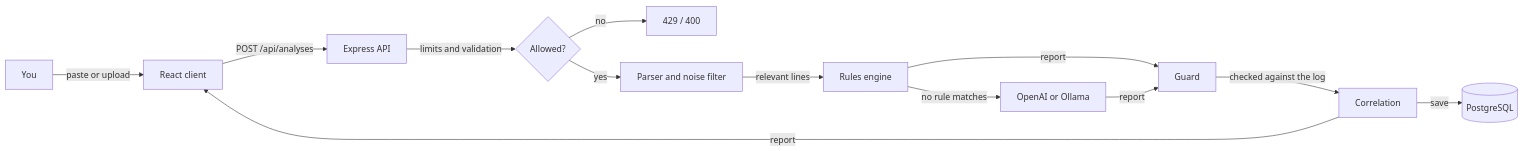
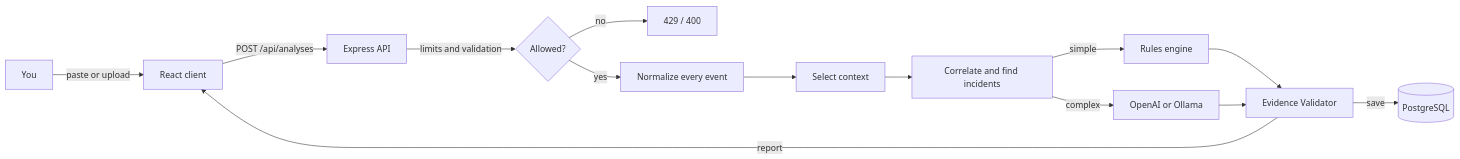
The diagram in README.md (jacknegri89/LogLens), drawn with Mermaid before and after one commit. The commit also changed other lines of this file and 110 other files, not shown here.

````diff
--- a/README.md
+++ b/README.md
@@ -100,15 +101,16 @@
 ```mermaid
 flowchart LR
     U[You] -->|paste or upload| C[React client]
     C -->|POST /api/analyses| A[Express API]
     A -->|limits and validation| L{Allowed?}
     L -->|no| E[429 / 400]
-    L -->|yes| P[Parser and noise filter]
-    P -->|relevant lines| R[Rules engine]
-    R -->|no rule matches| M[OpenAI or Ollama]
-    R -->|report| G[Guard]
-    M -->|report| G
-    G -->|checked against the log| K[Correlation]
-    K -->|save| D[(PostgreSQL)]
-    K -->|report| C
+    L -->|yes| N[Normalize every event]
+    N --> S[Select context]
+    S --> K[Correlate and find incidents]
+    K -->|simple| R[Rules engine]
+    K -->|complex| M[OpenAI or Ollama]
+    R --> V[Evidence Validator]
+    M --> V
+    V -->|save| D[(PostgreSQL)]
+    V -->|report| C
 ```
````
